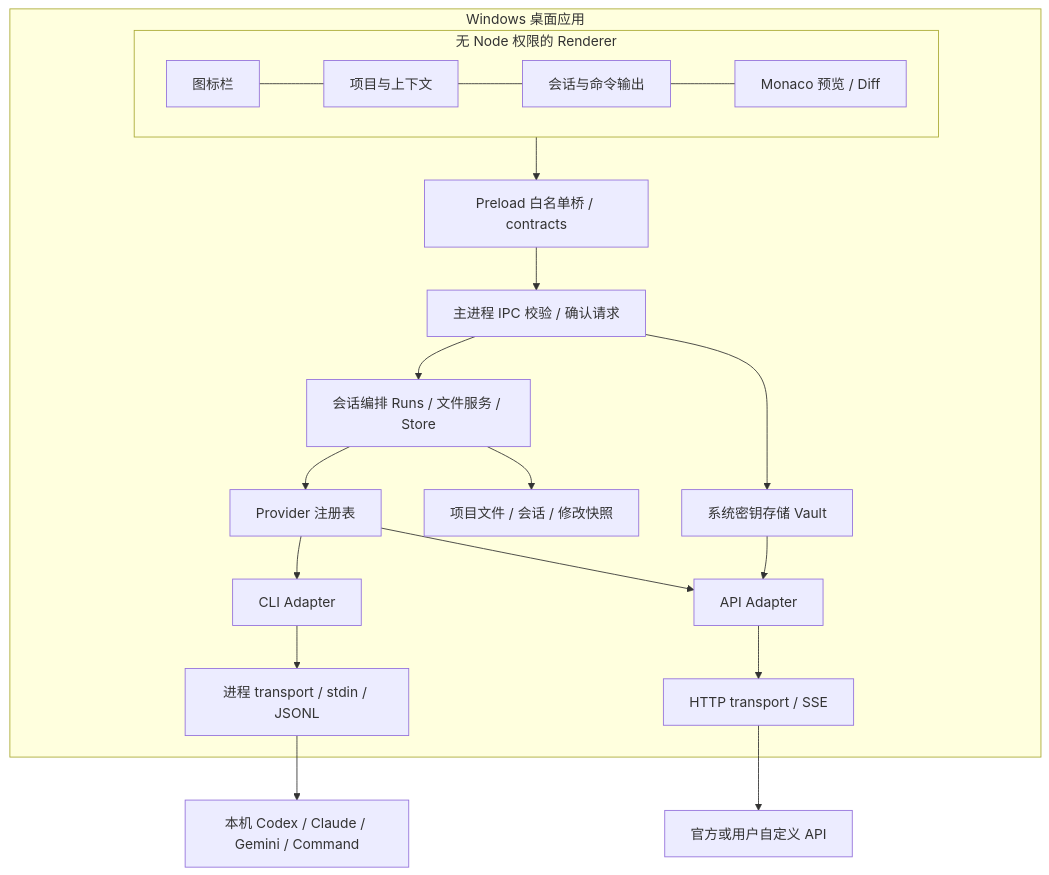
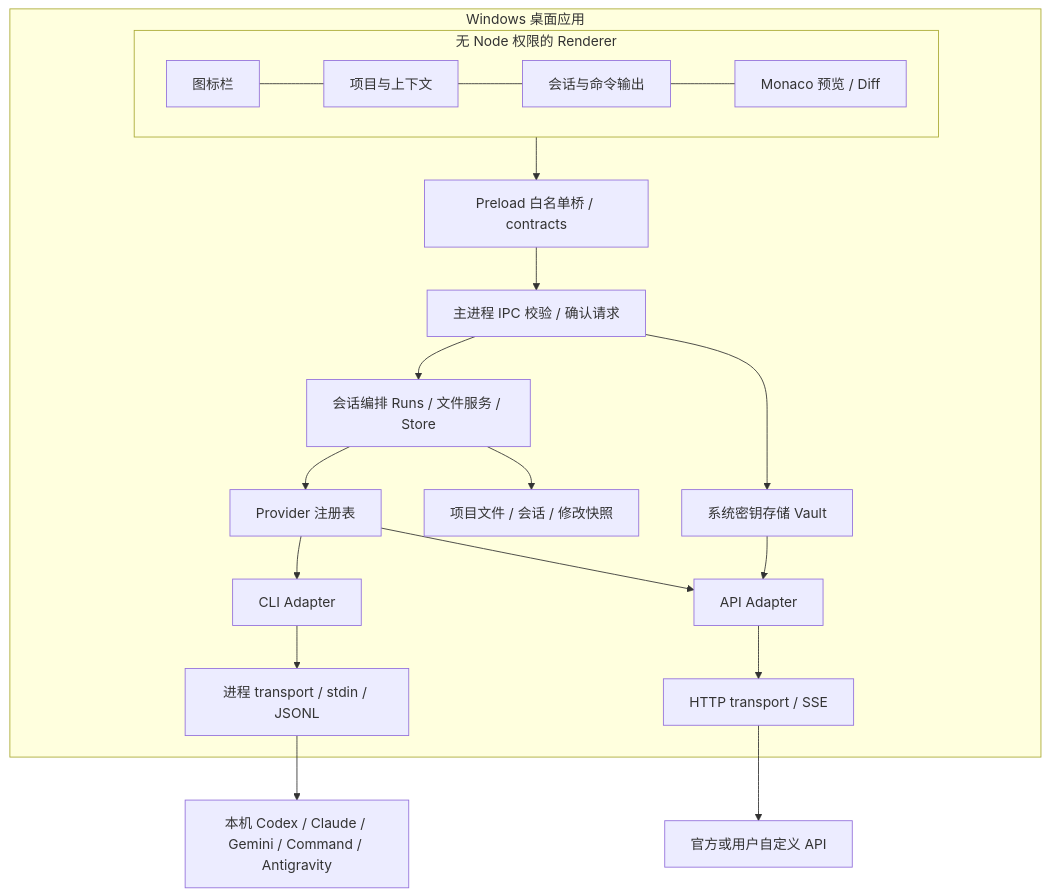
The diagram in docs/ARCHITECTURE.md (LinXce/LP-studio), drawn with Mermaid before and after one commit. The commit also changed other lines of this file and 53 other files, not shown here.

````diff
--- a/docs/ARCHITECTURE.md
+++ b/docs/ARCHITECTURE.md
@@ -42,28 +42,28 @@
 ```mermaid
 flowchart TB
   subgraph Desktop[Windows 桌面应用]
     subgraph Renderer[无 Node 权限的 Renderer]
       Rail[图标栏] --- Projects[项目与上下文]
       Projects --- Console[会话与命令输出]
       Console --- Editor[Monaco 预览 / Diff]
     end
     Bridge[Preload 白名单桥 / contracts]
     IPC[主进程 IPC 校验 / 确认请求]
     Core[会话编排 Runs / 文件服务 / Store]
     Vault[系统密钥存储 Vault]
     Registry[Provider 注册表]
     CLI[CLI Adapter]
     API[API Adapter]
     Process[进程 transport / stdin / JSONL]
     HTTP[HTTP transport / SSE]
     Renderer --> Bridge --> IPC --> Core
     IPC --> Vault
     Core --> Registry
     Registry --> CLI --> Process
     Registry --> API --> HTTP
     Vault --> API
     Core --> Disk[项目文件 / 会话 / 修改快照]
   end
-  Process --> LocalCLI[本机 Codex / Claude / Gemini / Command]
+  Process --> LocalCLI[本机 Codex / Claude / Gemini / Command / Antigravity]
   HTTP --> Endpoint[官方或用户自定义 API]
 ```
````
